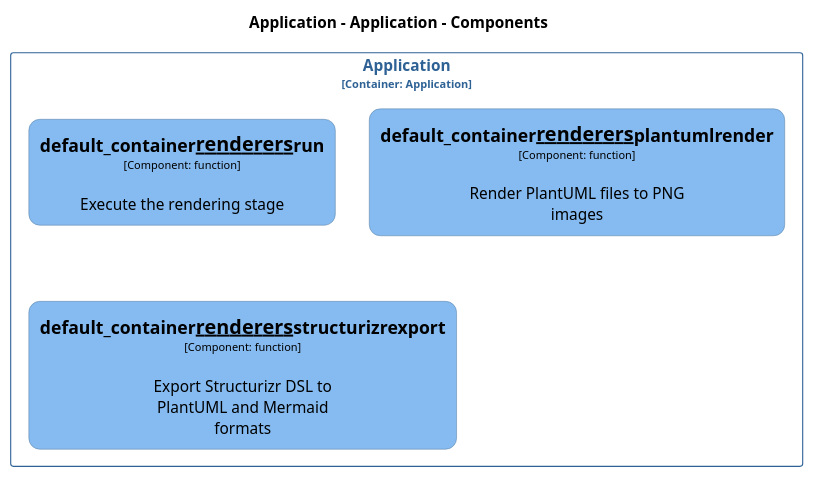
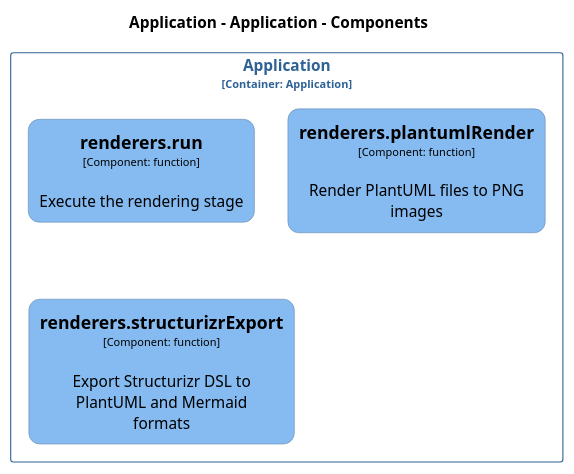
The diagram in docs/architecture/diagrams/plantuml/structurizr-Classes_default_container__renderers.puml (chrislyons-dev/archlette), drawn with PlantUML before and after one commit. The commit also changed 135 other files, not shown here.

```diff
--- a/docs/architecture/diagrams/plantuml/structurizr-Classes_default_container__renderers.puml
+++ b/docs/architecture/diagrams/plantuml/structurizr-Classes_default_container__renderers.puml
@@ -1,52 +1,52 @@
 @startuml
 set separator none
 title Application - Application - Components
 
 top to bottom direction
 skinparam ranksep 60
 skinparam nodesep 30
 
 skinparam {
   arrowFontSize 10
   defaultTextAlignment center
   wrapWidth 200
   maxMessageSize 100
   defaultFontName "Arial"
 }
 
 hide stereotype
 
-skinparam rectangle<<Application.Application.default_container__renderers__plantumlrender>> {
+skinparam rectangle<<Application.Application.renderersplantumlRender>> {
   BackgroundColor #85bbf0
   FontColor #000000
   BorderColor #5d82a8
   roundCorner 20
   shadowing false
 }
-skinparam rectangle<<Application.Application.default_container__renderers__run>> {
+skinparam rectangle<<Application.Application.renderersrun>> {
   BackgroundColor #85bbf0
   FontColor #000000
   BorderColor #5d82a8
   roundCorner 20
   shadowing false
 }
-skinparam rectangle<<Application.Application.default_container__renderers__structurizrexport>> {
+skinparam rectangle<<Application.Application.renderersstructurizrExport>> {
   BackgroundColor #85bbf0
   FontColor #000000
   BorderColor #5d82a8
   roundCorner 20
   shadowing false
 }
 skinparam rectangle<<Application.Application>> {
   BorderColor #2e6295
   FontColor #2e6295
   shadowing false
 }
 
 rectangle "Application\n<size:10>[Container: Application]</size>" <<Application.Application>> {
-  rectangle "==default_container__renderers__run\n<size:10>[Component: function]</size>\n\nExecute the rendering stage" <<Application.Application.default_container__renderers__run>> as Application.Application.default_container__renderers__run
-  rectangle "==default_container__renderers__plantumlrender\n<size:10>[Component: function]</size>\n\nRender PlantUML files to PNG images" <<Application.Application.default_container__renderers__plantumlrender>> as Application.Application.default_container__renderers__plantumlrender
-  rectangle "==default_container__renderers__structurizrexport\n<size:10>[Component: function]</size>\n\nExport Structurizr DSL to PlantUML and Mermaid formats" <<Application.Application.default_container__renderers__structurizrexport>> as Application.Application.default_container__renderers__structurizrexport
+  rectangle "==renderers.run\n<size:10>[Component: function]</size>\n\nExecute the rendering stage" <<Application.Application.renderersrun>> as Application.Application.renderersrun
+  rectangle "==renderers.plantumlRender\n<size:10>[Component: function]</size>\n\nRender PlantUML files to PNG images" <<Application.Application.renderersplantumlRender>> as Application.Application.renderersplantumlRender
+  rectangle "==renderers.structurizrExport\n<size:10>[Component: function]</size>\n\nExport Structurizr DSL to PlantUML and Mermaid formats" <<Application.Application.renderersstructurizrExport>> as Application.Application.renderersstructurizrExport
 }
 
 @enduml
```
